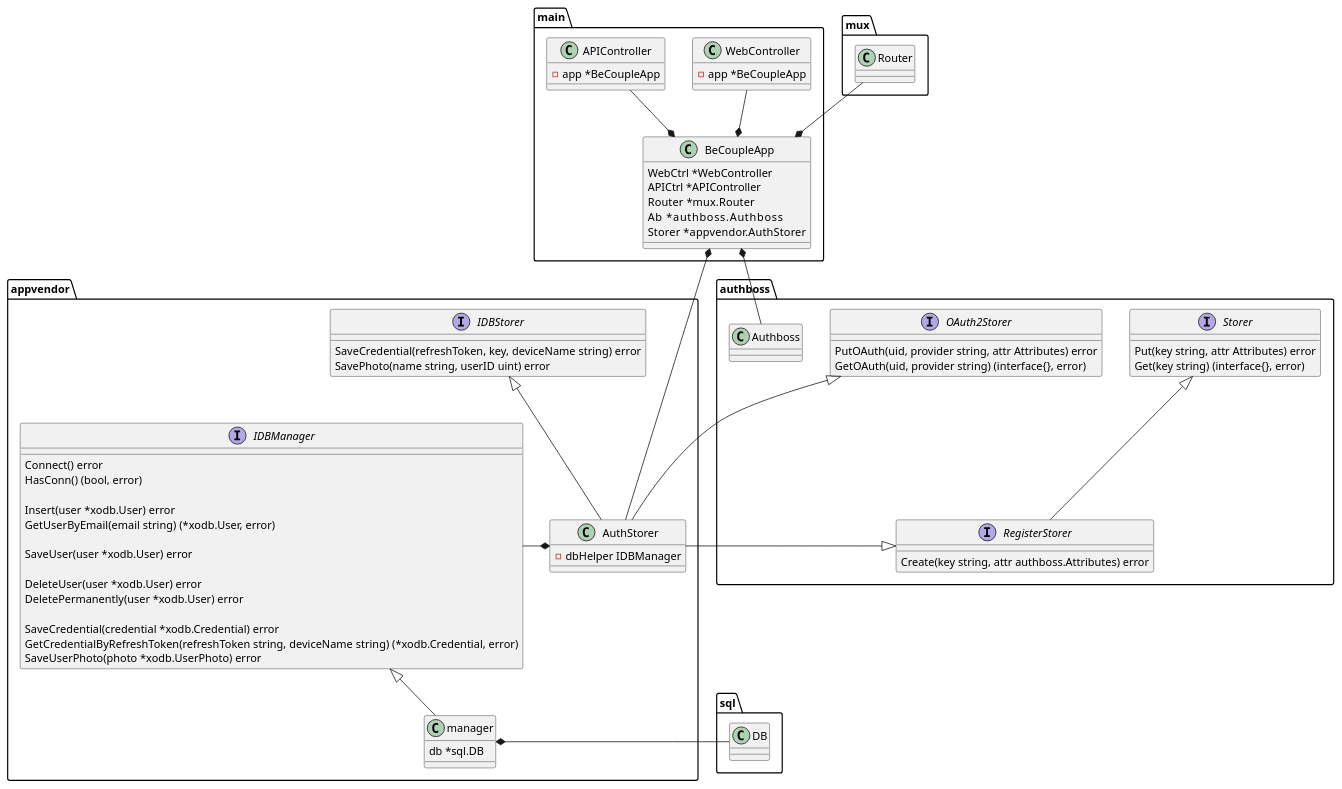
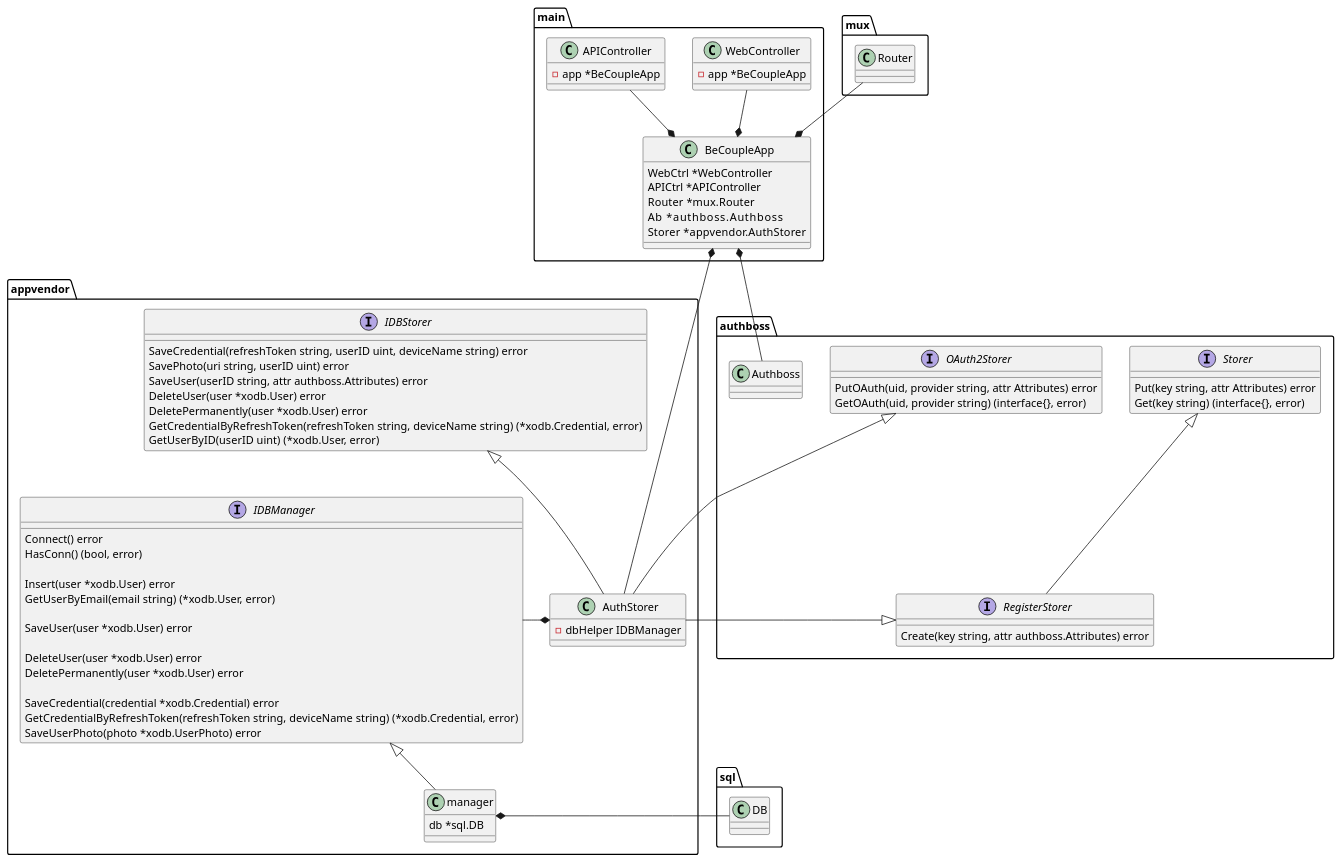
The diagram in design/uml/structure.puml (FavoRiteKK/becouple), drawn with PlantUML before and after one commit. The commit also changed 12 other files, not shown here.

```diff
--- a/design/uml/structure.puml
+++ b/design/uml/structure.puml
@@ -1,84 +1,89 @@
 @startuml
 
 package main {
 	class BeCoupleApp {
 		WebCtrl *WebController
 		APICtrl *APIController
 		Router  *mux.Router
 		Ab      *authboss.Authboss
 		Storer  *appvendor.AuthStorer
 	}
 	class WebController {
 		-app *BeCoupleApp
 	}
 	class APIController {
 		-app *BeCoupleApp
 	}
 
 	APIController --* BeCoupleApp
 	WebController --* BeCoupleApp
 
 }
 package mux {
 	class Router
 }
 package authboss {
 	interface Storer {
 		Put(key string, attr Attributes) error
 		Get(key string) (interface{}, error)
 	}
 	interface RegisterStorer {
 		Create(key string, attr authboss.Attributes) error
 	}
 	interface OAuth2Storer {
 		PutOAuth(uid, provider string, attr Attributes) error
 		GetOAuth(uid, provider string) (interface{}, error)
 	}
 	class Authboss
 
 	Storer <|-- RegisterStorer
 }
 package sql {
 	class DB
 }
 package appvendor {
 	interface IDBManager {
 		Connect() error
 		HasConn() (bool, error)
 
 		Insert(user *xodb.User) error
 		GetUserByEmail(email string) (*xodb.User, error)
 
 		SaveUser(user *xodb.User) error
 
 		DeleteUser(user *xodb.User) error
 		DeletePermanently(user *xodb.User) error
 
 		SaveCredential(credential *xodb.Credential) error
 		GetCredentialByRefreshToken(refreshToken string, deviceName string) (*xodb.Credential, error)
 		SaveUserPhoto(photo *xodb.UserPhoto) error
 	}
 	class  manager {
 		db *sql.DB
 	}
 	interface IDBStorer {
-		SaveCredential(refreshToken, key, deviceName string) error
-		SavePhoto(name string, userID uint) error
+		SaveCredential(refreshToken string, userID uint, deviceName string) error
+		SavePhoto(uri string, userID uint) error
+		SaveUser(userID string, attr authboss.Attributes) error
+		DeleteUser(user *xodb.User) error
+		DeletePermanently(user *xodb.User) error
+		GetCredentialByRefreshToken(refreshToken string, deviceName string) (*xodb.Credential, error)
+		GetUserByID(userID uint) (*xodb.User, error)
 	}
 	class AuthStorer {
 		-dbHelper IDBManager
 	}
 	
 	IDBStorer <|-- AuthStorer
 	RegisterStorer <|-- AuthStorer
 	OAuth2Storer <|-- AuthStorer
 	IDBManager -* AuthStorer
 	IDBManager <|-- manager
 	manager *- DB
 }
 
 Router --* BeCoupleApp
 BeCoupleApp *-- Authboss
 AuthStorer --* BeCoupleApp
 
 @enduml
```
